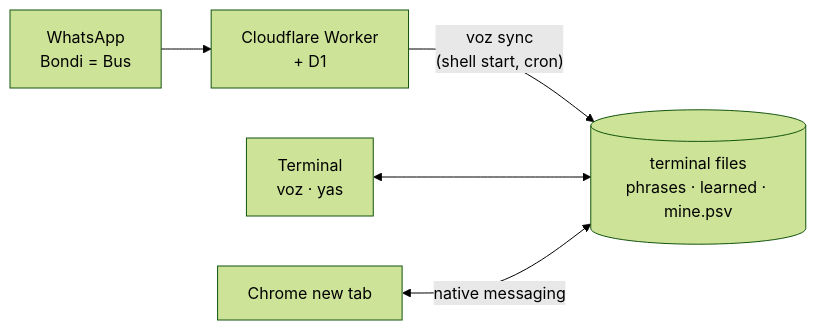
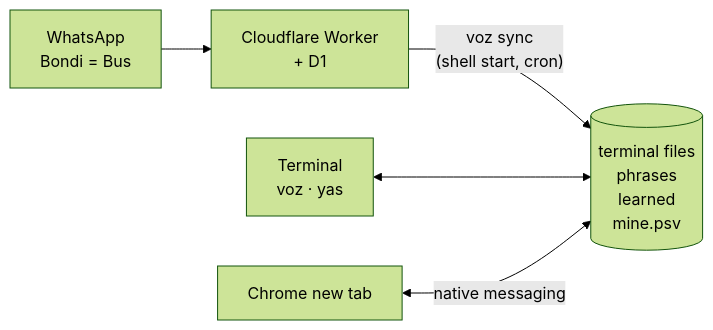
One commit to lawrence-berry/VozLocal changed the diagram in README.md. Above: the diagram before and after it, drawn with Mermaid (forest theme). The commit also changed other lines of this file and 3 other files, not shown here.

````diff
--- a/README.md
+++ b/README.md
@@ -33,7 +35,7 @@
 ```mermaid
 flowchart LR
   WA["WhatsApp<br/>Bondi = Bus"] --> Bot["Cloudflare Worker<br/>+ D1"]
-  Bot -- "voz sync<br/>(shell start, cron)" --> Files[("terminal files<br/>phrases · learned · mine.psv")]
+  Bot -- "voz sync<br/>(shell start, cron)" --> Files[("terminal files<br/>phrases<br/>learned<br/>mine.psv")]
   Term["Terminal<br/>voz · yas"] <--> Files
   Chrome["Chrome new tab"] <-- "native messaging" --> Files
 ```
````
